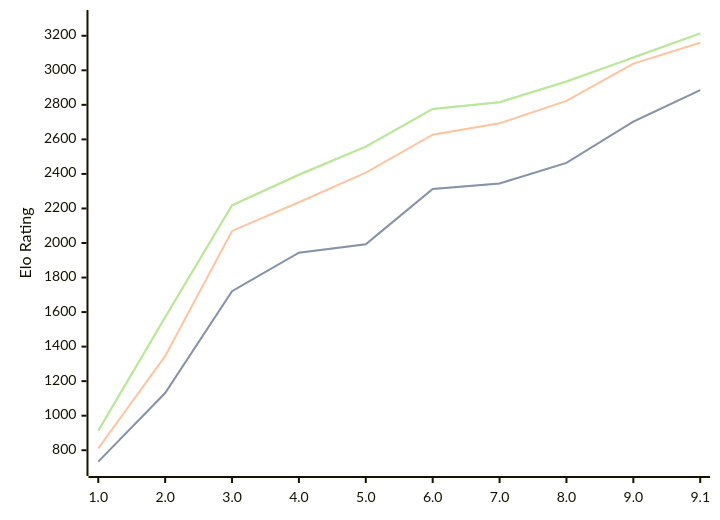
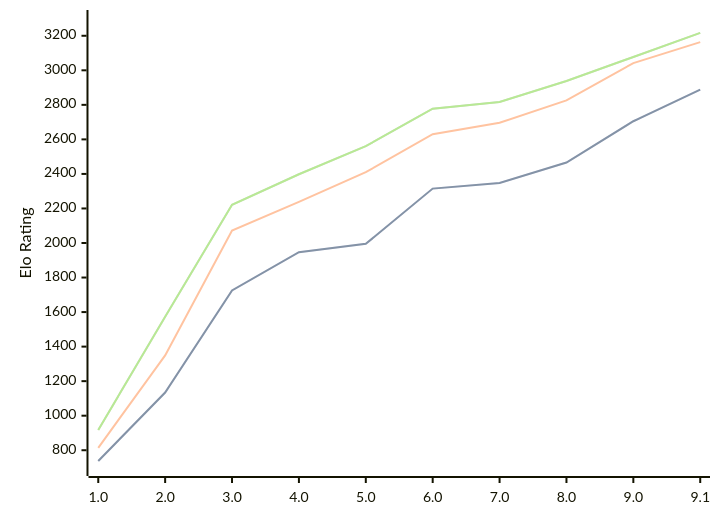
Before and after one commit to computer-chess-index/cci: the diagram in engines/Pea.md, drawn with Mermaid. The commit also changed other lines of this file, not shown here.

Commit message:
Update CCI Ratings (ELO VLTC) - 2026-09-24

````diff
--- a/engines/Pea.md
+++ b/engines/Pea.md
@@ -40,11 +40,11 @@
 ```mermaid
 %%{init: {"theme":"base","themeVariables":{"seriesColors:['#a3a3a3','#222221','#faa371']}}}%%
 xychart-beta
   x-axis ["1.0", "2.0", "3.0", "4.0", "5.0", "6.0", "7.0", "8.0", "9.0", "9.1"]
   y-axis "Elo Rating" 700 --> 3300
-  line "" [734, 1131, 1721, 1944, 1993, 2313, 2345, 2464, 2703, 2885]
-  line "STC (8.0+0.08s)" [734, 1131, 1721, 1944, 1993, 2313, 2345, 2464, 2703, 2885]
-  line "LTC (60.0+0.60s)" [811, 1345, 2070, 2236, 2407, 2627, 2693, 2823, 3039, 3160]
-  line "" [913, 1570, 2218, 2395, 2558, 2776, 2815, 2935, 3074, 3214]
-  line "VLTC (2m24s+1.12s)" [913, 1570, 2218, 2395, 2558, 2776, 2815, 2935, 3074, 3214]
+  line "" [738, 1134, 1725, 1947, 1995, 2315, 2348, 2466, 2705, 2888]
+  line "STC (8.0+0.08s)" [738, 1134, 1725, 1947, 1995, 2315, 2348, 2466, 2705, 2888]
+  line "LTC (60.0+0.60s)" [814, 1349, 2072, 2238, 2410, 2630, 2696, 2826, 3042, 3163]
+  line "" [917, 1573, 2221, 2398, 2561, 2778, 2817, 2938, 3077, 3217]
+  line "VLTC (2m24s+1.12s)" [917, 1573, 2221, 2398, 2561, 2778, 2817, 2938, 3077, 3217]
 ```
````
